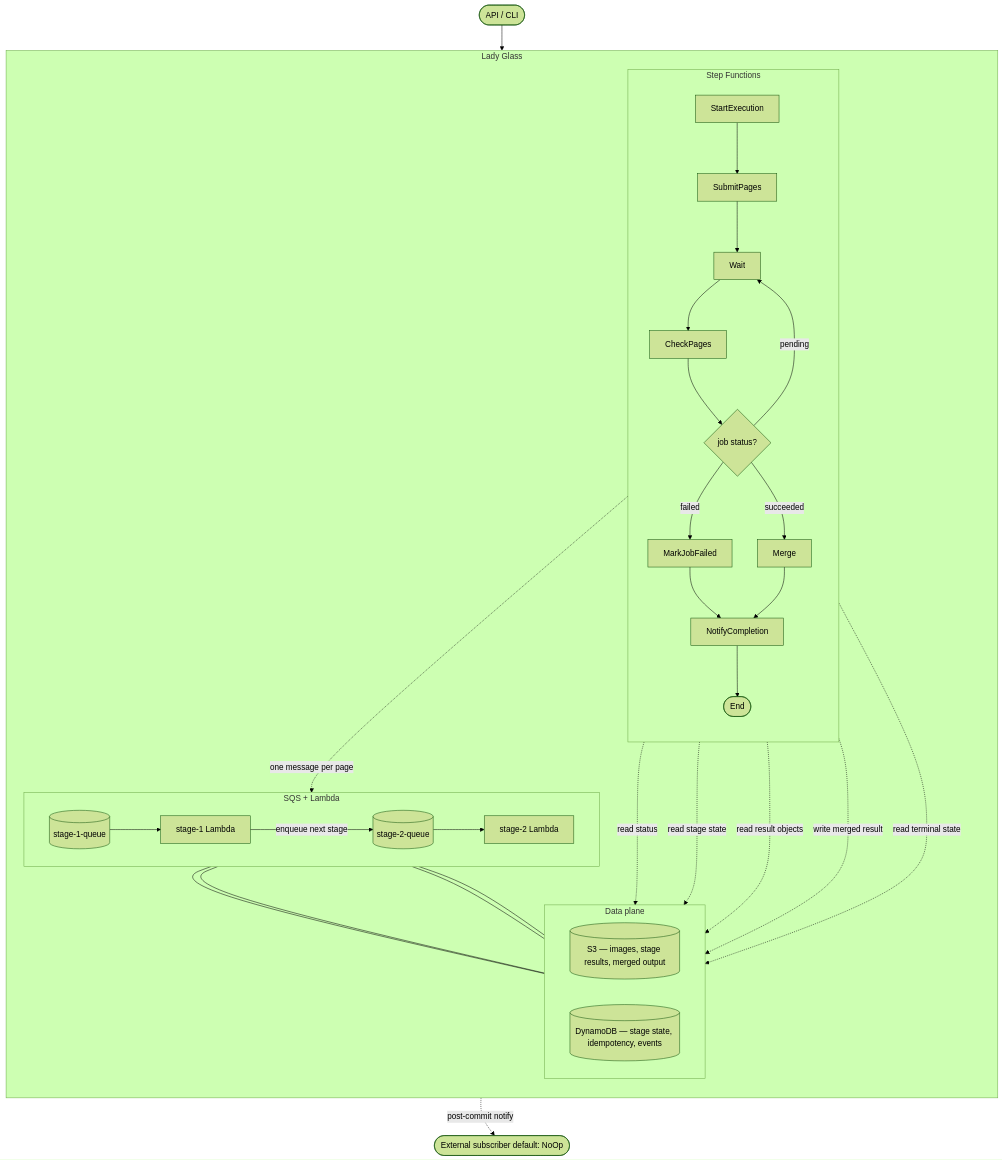
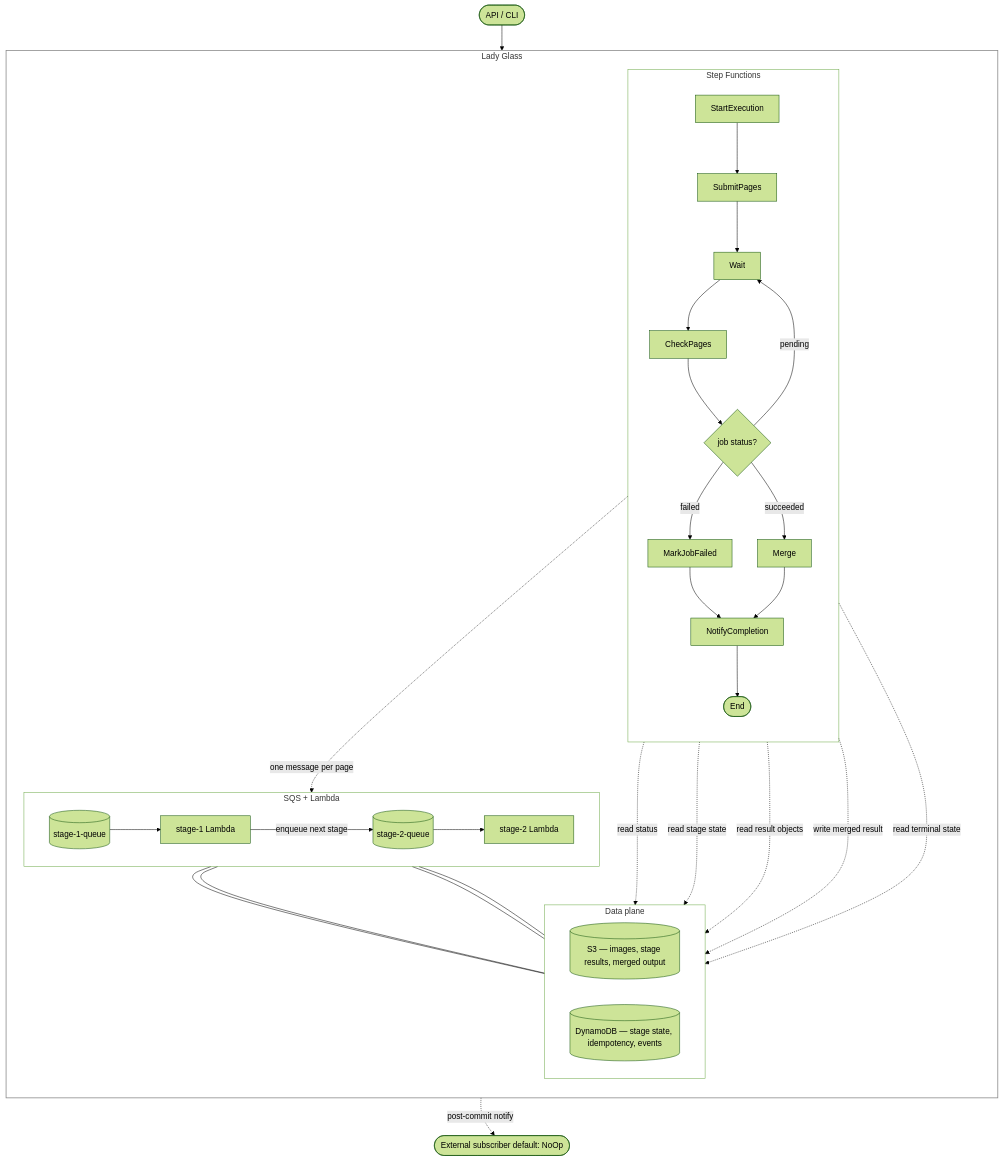
The diagram in README.md (keix/lady-glass), drawn with Mermaid (forest theme) before and after one commit.

Commit message:
README: drop subgraph fills so the Mermaid reads as nested borders
The default fill on a Mermaid subgraph paints the entire interior in
a tinted background. Nested subgraphs stack those tints on top of
each other, which made the LG → SFN / CHAIN / DATA hierarchy look
like a single shaded blob rather than a system boundary with
labelled compartments.

Set fill:none on all four. LG gets a slightly thicker stroke
(1.5px, neutral grey) so the outer Lady Glass boundary visually
dominates over the three inner subsystems' default borders. The
nested structure now reads as: one outlined frame containing
three outlined components.

````diff
--- a/README.md
+++ b/README.md
@@ -19,52 +19,57 @@
 ```mermaid
 flowchart TB
     User([API / CLI]) --> StartExec[StartExecution]
 
     subgraph LG["Lady Glass"]
         direction TB
 
         subgraph SFN["Step Functions"]
             direction TB
             StartExec --> SubmitPages
             SubmitPages --> WaitLoop[Wait]
             WaitLoop --> CheckPages
             CheckPages --> Choice{job status?}
             Choice -- pending --> WaitLoop
             Choice -- failed --> MarkFailed[MarkJobFailed]
             Choice -- succeeded --> Merge
             MarkFailed --> Notify[NotifyCompletion]
             Merge --> Notify
             Notify --> Done([End])
         end
 
         subgraph CHAIN["SQS + Lambda"]
             direction LR
             Q1[(stage-1-queue)] --> L1[stage-1 Lambda]
             L1 -- enqueue next stage --> Q2[(stage-2-queue)]
             Q2 --> L2[stage-2 Lambda]
         end
 
         subgraph DATA["Data plane"]
             direction LR
             S3[(S3 — images, stage results, merged output)]
             DDB[(DynamoDB — stage state, idempotency, events)]
         end
     end
 
     Subscriber([External subscriber default: NoOp])
 
     SubmitPages -. one message per page .-> Q1
     CheckPages -. read status .-> DDB
     Merge -. read stage state .-> DDB
     Merge -. read result objects .-> S3
     Merge -. write merged result .-> S3
     Notify -. read terminal state .-> DDB
     Notify -. post-commit notify .-> Subscriber
 
     L1 --- S3
     L1 --- DDB
     L2 --- S3
     L2 --- DDB
 
     Done ~~~ Subscriber
+
+    style LG fill:none,stroke:#888,stroke-width:1.5px
+    style SFN fill:none
+    style CHAIN fill:none
+    style DATA fill:none
 ```
````
